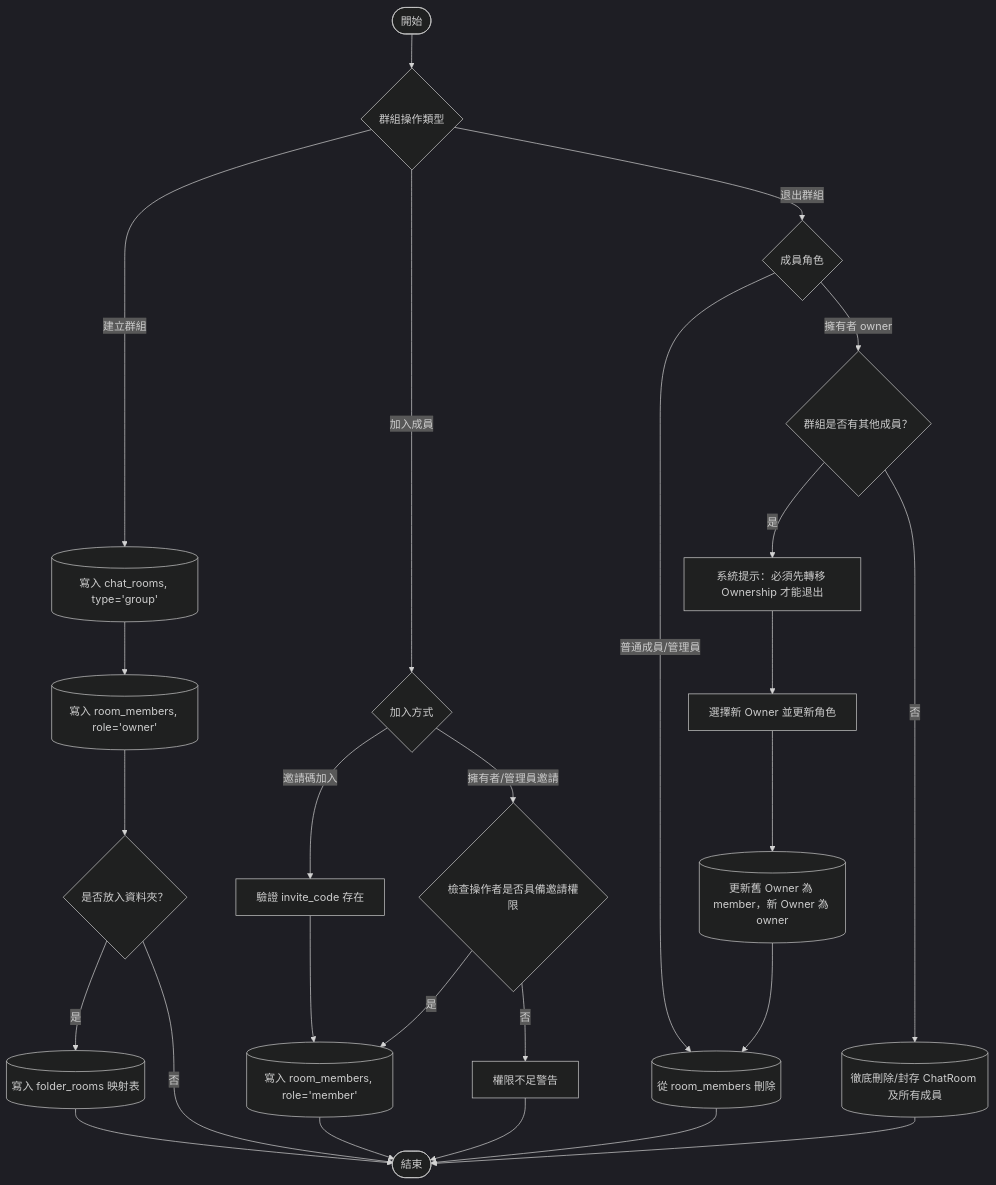
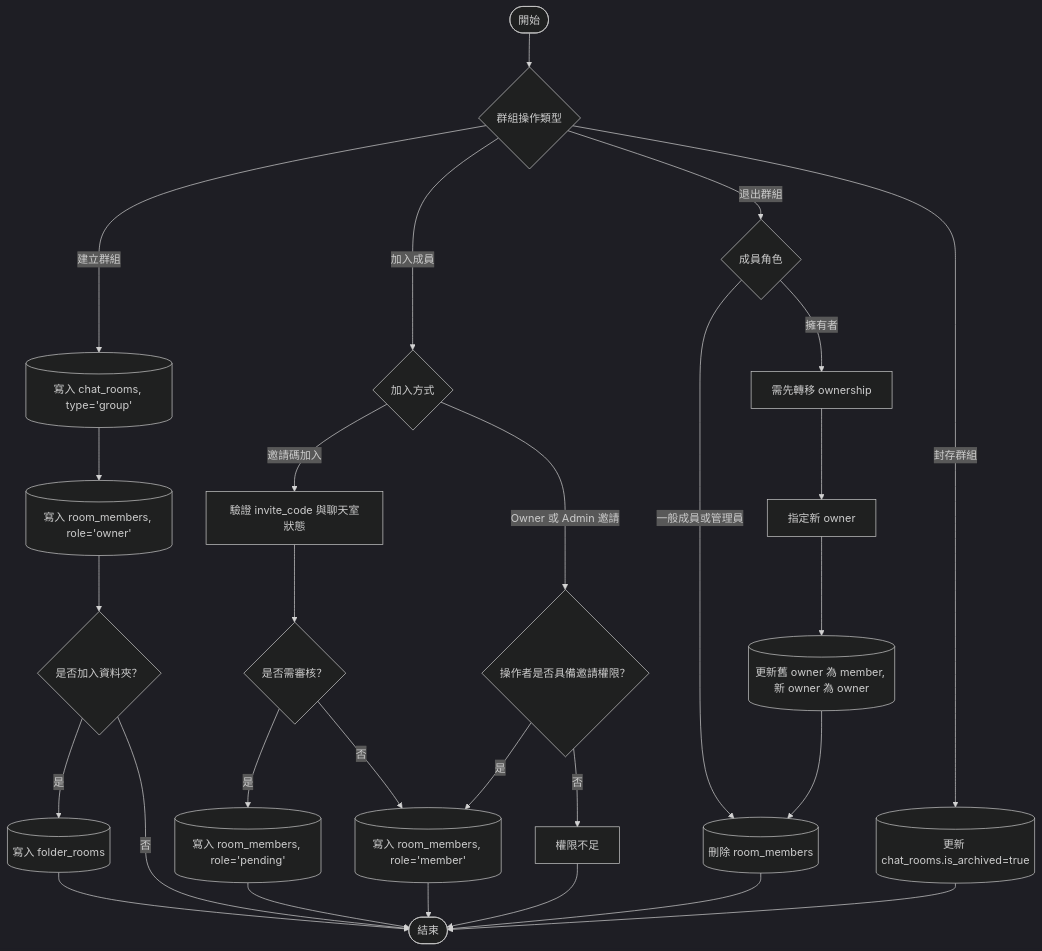
Before and after one commit to nearcsie/near-chat: the third of 5 diagrams in docs/report-3.md, drawn with Mermaid (dark theme). The commit also changed other lines of this file and 1 other file, not shown here.

Commit message:
docs:update report-3 and er-diagram picture

````diff
--- a/docs/report-3.md
+++ b/docs/report-3.md
@@ -241,29 +315,29 @@
 ```mermaid
 flowchart TD
     Start([開始]) --> GroupAction{群組操作類型}
-    
-    %% 建立群組
+
     GroupAction -- 建立群組 --> CreateGroupRoom[(寫入 chat_rooms, type='group')]
     CreateGroupRoom --> InsertOwnerMember[(寫入 room_members, role='owner')]
-    InsertOwnerMember --> InitFolder{是否放入資料夾？}
-    InitFolder -- 是 --> GroupFolderMapping[(寫入 folder_rooms 映射表)] --> End([結束])
+    InsertOwnerMember --> InitFolder{是否加入資料夾？}
+    InitFolder -- 是 --> GroupFolderMapping[(寫入 folder_rooms)] --> End([結束])
     InitFolder -- 否 --> End
-    
-    %% 加入成員
+
     GroupAction -- 加入成員 --> JoinMethod{加入方式}
-    JoinMethod -- 邀請碼加入 --> ValidateInvite[驗證 invite_code 存在]
-    ValidateInvite --> InsertNewMember[(寫入 room_members, role='member')] --> End
-    JoinMethod -- 擁有者/管理員邀請 --> CheckInvitePerm{檢查操作者是否具備邀請權限}
-    CheckInvitePerm -- 否 --> DenyAlert[權限不足警告] --> End
+    JoinMethod -- 邀請碼加入 --> ValidateInvite[驗證 invite_code 與聊天室狀態]
+    ValidateInvite --> ReviewNeeded{是否需審核？}
+    ReviewNeeded -- 是 --> InsertPending[(寫入 room_members, role='pending')] --> End
+    ReviewNeeded -- 否 --> InsertNewMember[(寫入 room_members, role='member')] --> End
+    JoinMethod -- Owner 或 Admin 邀請 --> CheckInvitePerm{操作者是否具備邀請權限？}
+    CheckInvitePerm -- 否 --> DenyAlert[權限不足] --> End
     CheckInvitePerm -- 是 --> InsertNewMember
-    
-    %% 退出與移交
+
     GroupAction -- 退出群組 --> CheckRole{成員角色}
-    CheckRole -- 普通成員/管理員 --> DeleteMember[(從 room_members 刪除)] --> End
-    CheckRole -- 擁有者 owner --> CheckOtherMembers{群組是否有其他成員？}
-    CheckOtherMembers -- 否 --> DeleteRoom[(徹底刪除/封存 ChatRoom 及所有成員)] --> End
-    CheckOtherMembers -- 是 --> ForceTransfer[系統提示：必須先轉移 Ownership 才能退出]
-    ForceTransfer --> TransferFlow[選擇新 Owner 並更新角色]
-    TransferFlow --> DBUpdateOwner[(更新舊 Owner 為 member，新 Owner 為 owner)]
+    CheckRole -- 一般成員或管理員 --> DeleteMember[(刪除 room_members)] --> End
+    CheckRole -- 擁有者 --> NeedTransfer[需先轉移 ownership]
+    NeedTransfer --> TransferFlow[指定新 owner]
+    TransferFlow --> DBUpdateOwner[(更新舊 owner 為 member, 新 owner 為 owner)]
     DBUpdateOwner --> DeleteMember
+
+    GroupAction -- 封存群組 --> ArchiveRoom[(更新 chat_rooms.is_archived=true)]
+    ArchiveRoom --> End
 ```
````
